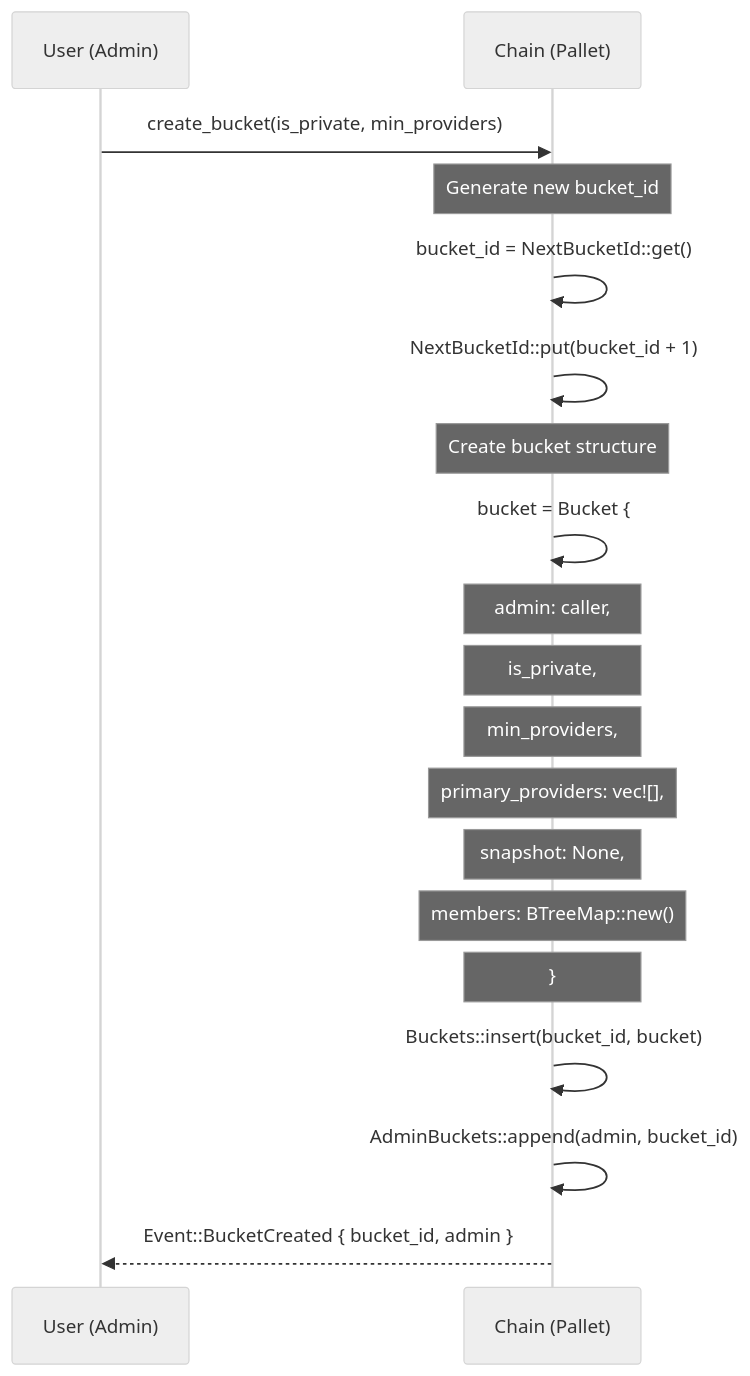
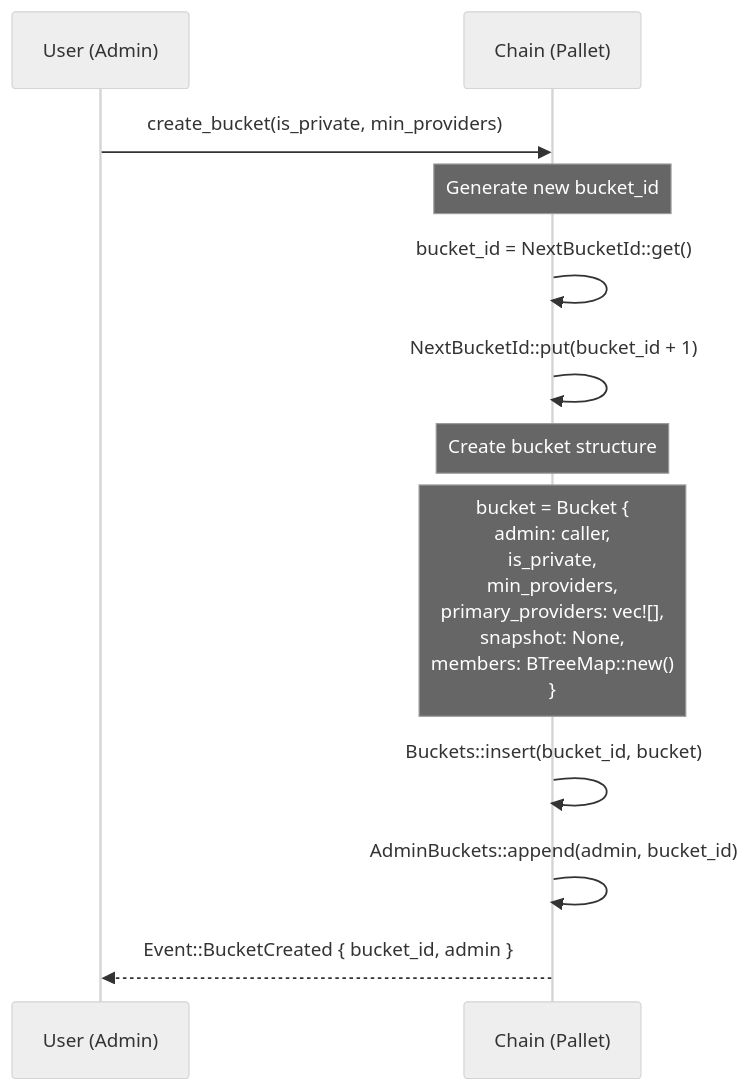
The third of 13 diagrams in docs/design/EXECUTION_FLOWS.md (paritytech/web3-storage), drawn with Mermaid (neutral theme) before and after one commit. The commit also changed other lines of this file, not shown here.

First line of the commit message:
docs(EXECUTION_FLOWS): collapse multi-line sequence-diagram notes

````diff
--- a/docs/design/EXECUTION_FLOWS.md
+++ b/docs/design/EXECUTION_FLOWS.md
@@ -186,26 +176,19 @@
 ```mermaid
 sequenceDiagram
     participant U as User (Admin)
     participant C as Chain (Pallet)
 
     U->>C: create_bucket(is_private, min_providers)
 
     Note over C: Generate new bucket_id
     C->>C: bucket_id = NextBucketId::get()
     C->>C: NextBucketId::put(bucket_id + 1)
 
     Note over C: Create bucket structure
-    C->>C: bucket = Bucket {
-    Note over C:   admin: caller,
-    Note over C:   is_private,
-    Note over C:   min_providers,
-    Note over C:   primary_providers: vec![],
-    Note over C:   snapshot: None,
-    Note over C:   members: BTreeMap::new()
-    Note over C: }
+    Note over C: bucket = Bucket {<br/> admin: caller,<br/> is_private,<br/> min_providers,<br/> primary_providers: vec![],<br/> snapshot: None,<br/> members: BTreeMap::new()<br/>}
 
     C->>C: Buckets::insert(bucket_id, bucket)
     C->>C: AdminBuckets::append(admin, bucket_id)
 
     C-->>U: Event::BucketCreated { bucket_id, admin }
 ```
````
